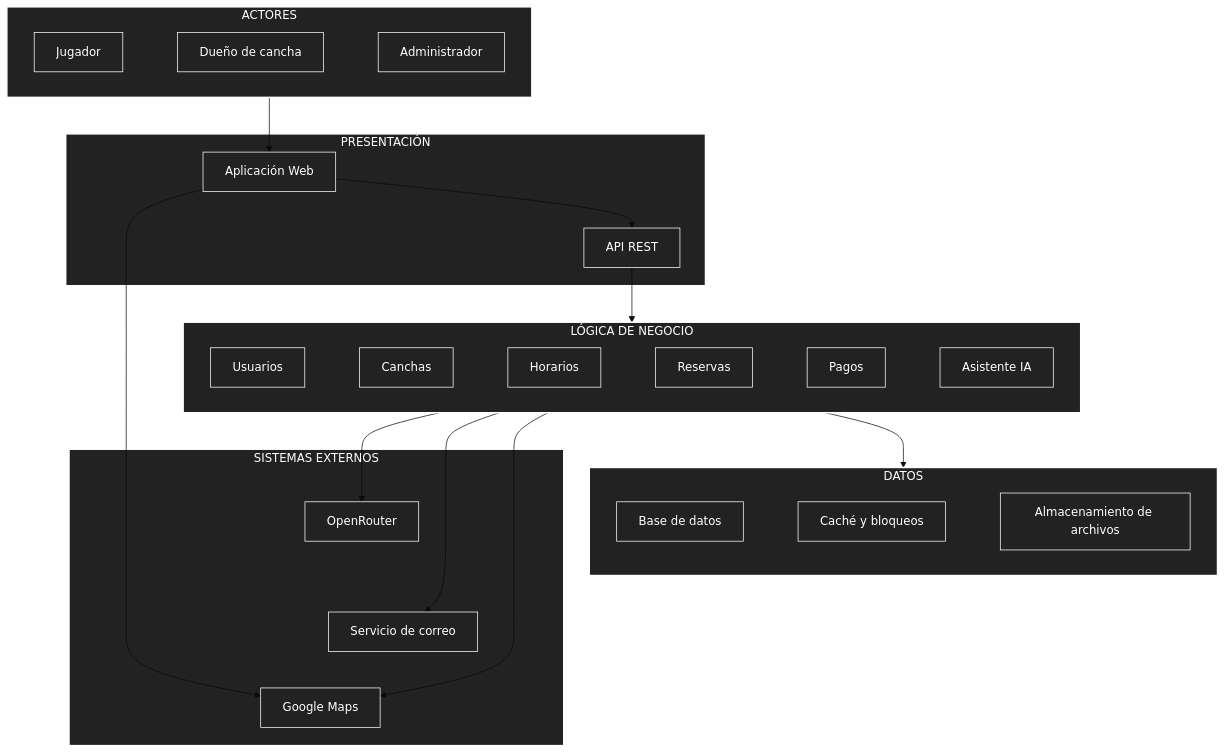
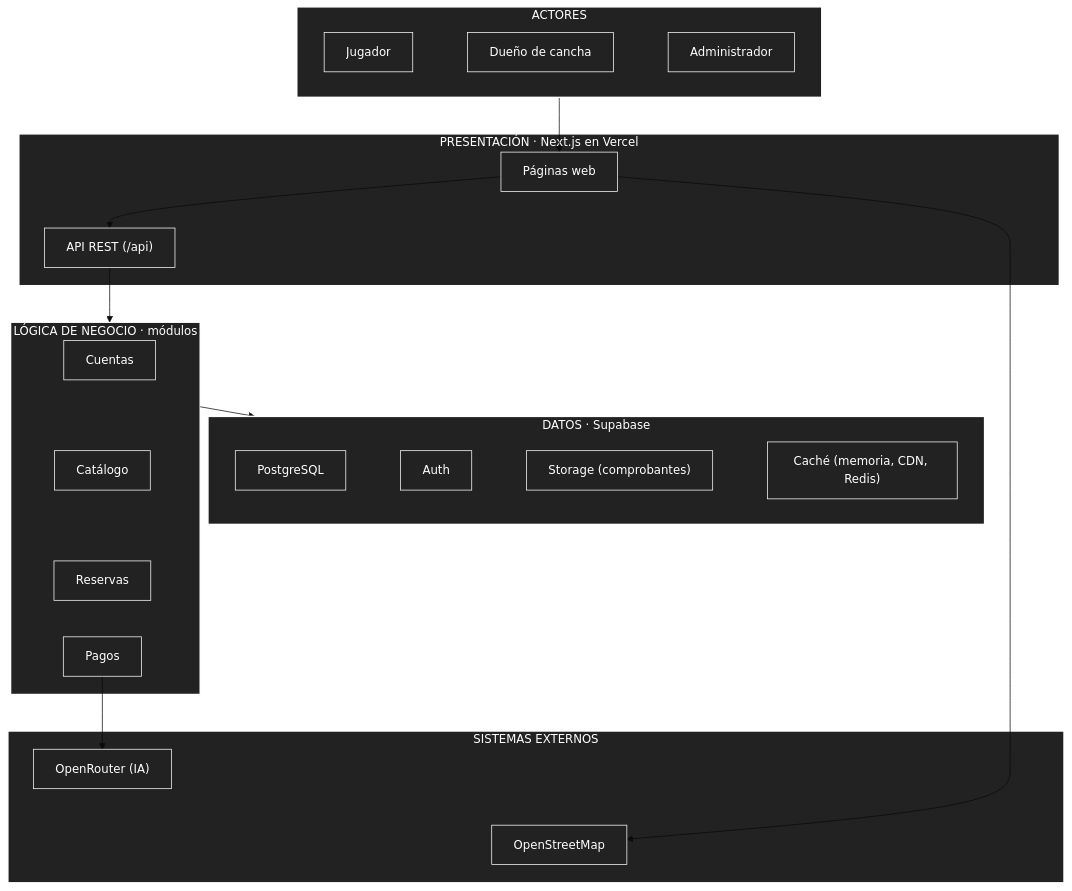
Before and after one commit to edhtsprado27-bit/ReservaYa-Ayacucho: the diagram in docs/02-arquitectura-software/arquitectura-inicial.md, drawn with Mermaid (base theme). The commit also changed other lines of this file and 18 other files, not shown here.

````diff
--- a/docs/02-arquitectura-software/arquitectura-inicial.md
+++ b/docs/02-arquitectura-software/arquitectura-inicial.md
@@ -17,39 +17,37 @@
 %% =========================
 %% PRESENTACIÓN
 %% =========================
-subgraph PRESENTACION["PRESENTACIÓN"]
-    Web["Aplicación Web"]
-    API["API REST"]
+subgraph PRESENTACION["PRESENTACIÓN · Next.js en Vercel"]
+    Web["Páginas web"]
+    API["API REST (/api)"]
 end
 
 %% =========================
 %% LÓGICA DE NEGOCIO
 %% =========================
-subgraph NEGOCIO["LÓGICA DE NEGOCIO"]
-    Usuarios["Usuarios"]
-    Canchas["Canchas"]
-    Horarios["Horarios"]
+subgraph NEGOCIO["LÓGICA DE NEGOCIO · módulos"]
+    Cuentas["Cuentas"]
+    Catalogo["Catálogo"]
     Reservas["Reservas"]
     Pagos["Pagos"]
-    IA["Asistente IA"]
 end
 
 %% =========================
 %% DATOS
 %% =========================
-subgraph DATOS["DATOS"]
-    BD["Base de datos"]
-    Cache["Caché y bloqueos"]
-    Archivos["Almacenamiento de archivos"]
+subgraph DATOS["DATOS · Supabase"]
+    BD["PostgreSQL"]
+    Auth["Auth"]
+    Archivos["Storage (comprobantes)"]
+    Cache["Caché (memoria, CDN, Redis)"]
 end
 
 %% =========================
 %% SISTEMAS EXTERNOS
 %% =========================
 subgraph EXTERNOS["SISTEMAS EXTERNOS"]
-    OpenRouter["OpenRouter"]
-    Correo["Servicio de correo"]
-    Maps["Google Maps"]
+    OpenRouter["OpenRouter (IA)"]
+    OSM["OpenStreetMap"]
 end
 
 %% =========================
@@ -63,10 +61,8 @@
 %% =========================
 %% INTEGRACIONES EXTERNAS
 %% =========================
-NEGOCIO --> OpenRouter
-NEGOCIO --> Correo
-NEGOCIO --> Maps
-Web --> Maps
+Pagos --> OpenRouter
+Web --> OSM
 
 %% =========================
 %% DISTRIBUCIÓN HORIZONTAL
@@ -74,17 +70,15 @@
 Jugador ~~~ Dueno
 Dueno ~~~ Admin
 
-Usuarios ~~~ Canchas
-Canchas ~~~ Horarios
-Horarios ~~~ Reservas
+Cuentas ~~~ Catalogo
+Catalogo ~~~ Reservas
 Reservas ~~~ Pagos
-Pagos ~~~ IA
 
-BD ~~~ Cache
-Cache ~~~ Archivos
+BD ~~~ Auth
+Auth ~~~ Archivos
+Archivos ~~~ Cache
 
-OpenRouter ~~~ Correo
-Correo ~~~ Maps
+OpenRouter ~~~ OSM
 
 %% =========================
 %% ESTILOS
@@ -102,18 +96,16 @@
 style Web fill:#222,stroke:#fff,color:#fff
 style API fill:#222,stroke:#fff,color:#fff
 
-style Usuarios fill:#222,stroke:#fff,color:#fff
-style Canchas fill:#222,stroke:#fff,color:#fff
-style Horarios fill:#222,stroke:#fff,color:#fff
+style Cuentas fill:#222,stroke:#fff,color:#fff
+style Catalogo fill:#222,stroke:#fff,color:#fff
 style Reservas fill:#222,stroke:#fff,color:#fff
 style Pagos fill:#222,stroke:#fff,color:#fff
-style IA fill:#222,stroke:#fff,color:#fff
 
 style BD fill:#222,stroke:#fff,color:#fff
+style Auth fill:#222,stroke:#fff,color:#fff
+style Archivos fill:#222,stroke:#fff,color:#fff
 style Cache fill:#222,stroke:#fff,color:#fff
-style Archivos fill:#222,stroke:#fff,color:#fff
 
 style OpenRouter fill:#222,stroke:#fff,color:#fff
-style Correo fill:#222,stroke:#fff,color:#fff
-style Maps fill:#222,stroke:#fff,color:#fff
+style OSM fill:#222,stroke:#fff,color:#fff
 ```
````
